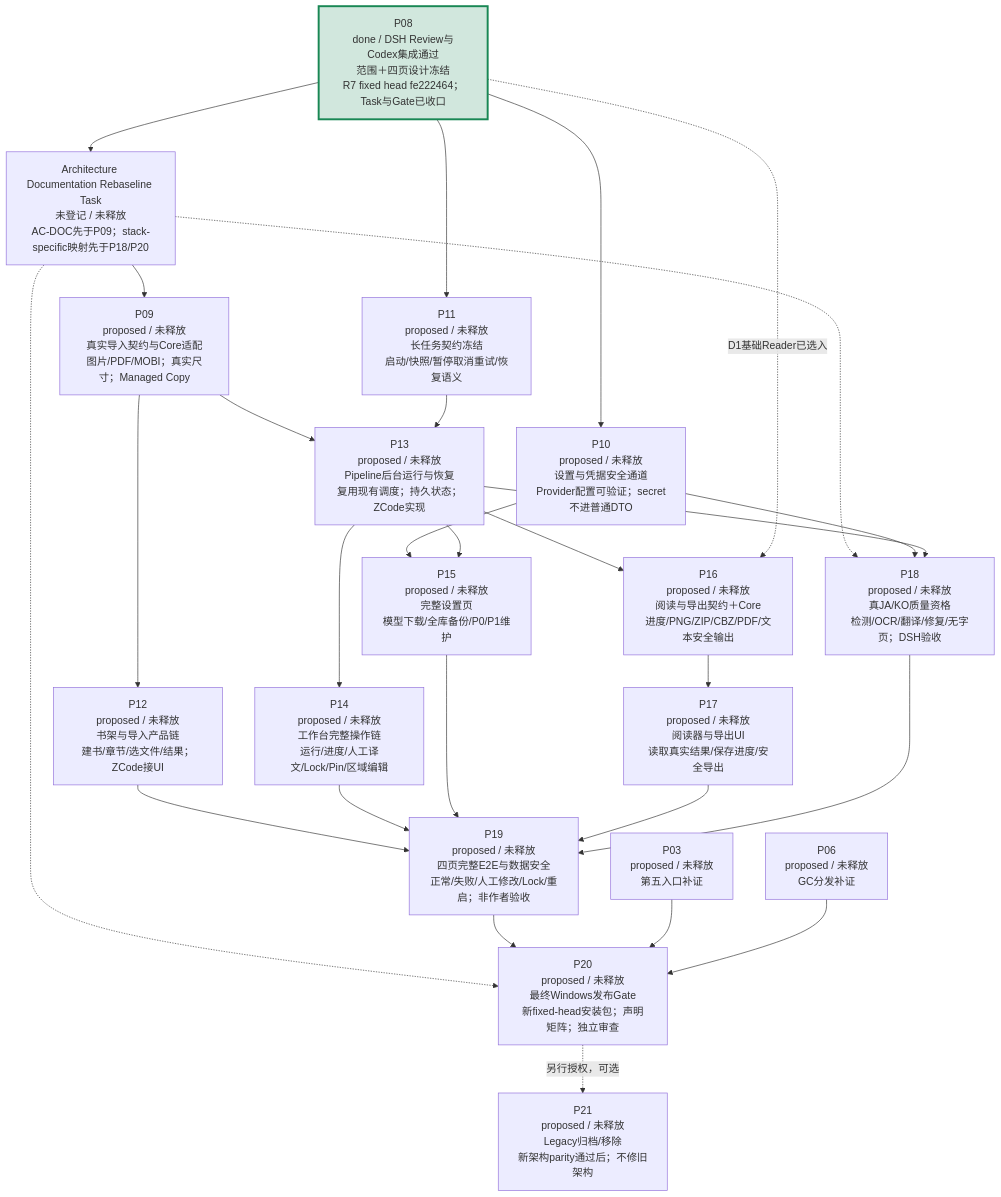
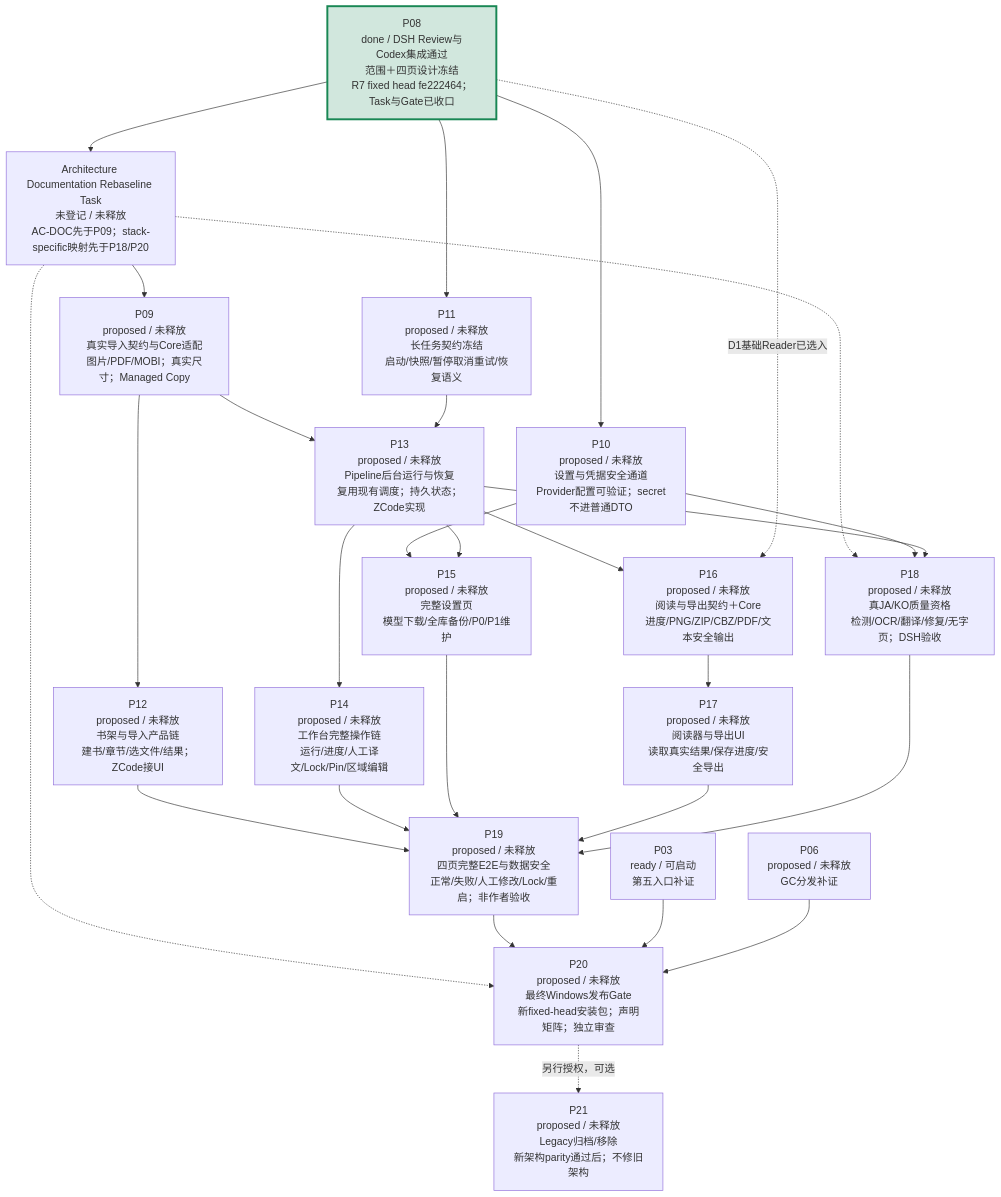
Before and after one commit to peakwheat-pixel/New-Manga: the third of 4 diagrams in verification/PROJECT-ROADMAP-20261008/ROADMAP.md, drawn with Mermaid. The commit also changed other lines of this file and 9 other files, not shown here.

````diff
--- a/verification/PROJECT-ROADMAP-20261008/ROADMAP.md
+++ b/verification/PROJECT-ROADMAP-20261008/ROADMAP.md
@@ -47,30 +47,30 @@
 ```mermaid
 flowchart TB
   P08["P08<br/>done / DSH Review与Codex集成通过<br/>范围＋四页设计冻结<br/>R7 fixed head fe222464；Task与Gate已收口"] --> ARCHDOC["Architecture Documentation Rebaseline Task<br/>未登记 / 未释放<br/>AC-DOC先于P09；stack-specific映射先于P18/P20"]
   ARCHDOC --> P09["P09<br/>proposed / 未释放<br/>真实导入契约与Core适配<br/>图片/PDF/MOBI；真实尺寸；Managed Copy"]
   ARCHDOC -.-> P18
   ARCHDOC -.-> P20
   P08 --> P10["P10<br/>proposed / 未释放<br/>设置与凭据安全通道<br/>Provider配置可验证；secret不进普通DTO"]
   P08 --> P11["P11<br/>proposed / 未释放<br/>长任务契约冻结<br/>启动/快照/暂停取消重试/恢复语义"]
   P09 --> P12["P12<br/>proposed / 未释放<br/>书架与导入产品链<br/>建书/章节/选文件/结果；ZCode接UI"]
   P09 --> P13["P13<br/>proposed / 未释放<br/>Pipeline后台运行与恢复<br/>复用现有调度；持久状态；ZCode实现"]
   P11 --> P13
   P13 --> P14["P14<br/>proposed / 未释放<br/>工作台完整操作链<br/>运行/进度/人工译文/Lock/Pin/区域编辑"]
   P10 --> P15["P15<br/>proposed / 未释放<br/>完整设置页<br/>模型下载/全库备份/P0/P1维护"]
   P13 --> P15
   P13 --> P16["P16<br/>proposed / 未释放<br/>阅读与导出契约＋Core<br/>进度/PNG/ZIP/CBZ/PDF/文本安全输出"]
   P08 -. "D1基础Reader已选入" .-> P16
   P16 --> P17["P17<br/>proposed / 未释放<br/>阅读器与导出UI<br/>读取真实结果/保存进度/安全导出"]
   P10 --> P18["P18<br/>proposed / 未释放<br/>真JA/KO质量资格<br/>检测/OCR/翻译/修复/无字页；DSH验收"]
   P13 --> P18
   P12 --> P19["P19<br/>proposed / 未释放<br/>四页完整E2E与数据安全<br/>正常/失败/人工修改/Lock/重启；非作者验收"]
   P14 --> P19
   P15 --> P19
   P17 --> P19
   P18 --> P19
   P19 --> P20["P20<br/>proposed / 未释放<br/>最终Windows发布Gate<br/>新fixed-head安装包；声明矩阵；独立审查"]
-  P03["P03<br/>proposed / 未释放<br/>第五入口补证"] --> P20
+  P03["P03<br/>ready / 可启动<br/>第五入口补证"] --> P20
   P06["P06<br/>proposed / 未释放<br/>GC分发补证"] --> P20
   P20 -. "另行授权，可选" .-> P21["P21<br/>proposed / 未释放<br/>Legacy归档/移除<br/>新架构parity通过后；不修旧架构"]
   style P08 fill:#d1e7dd,stroke:#198754,stroke-width:3px
 ```
````
